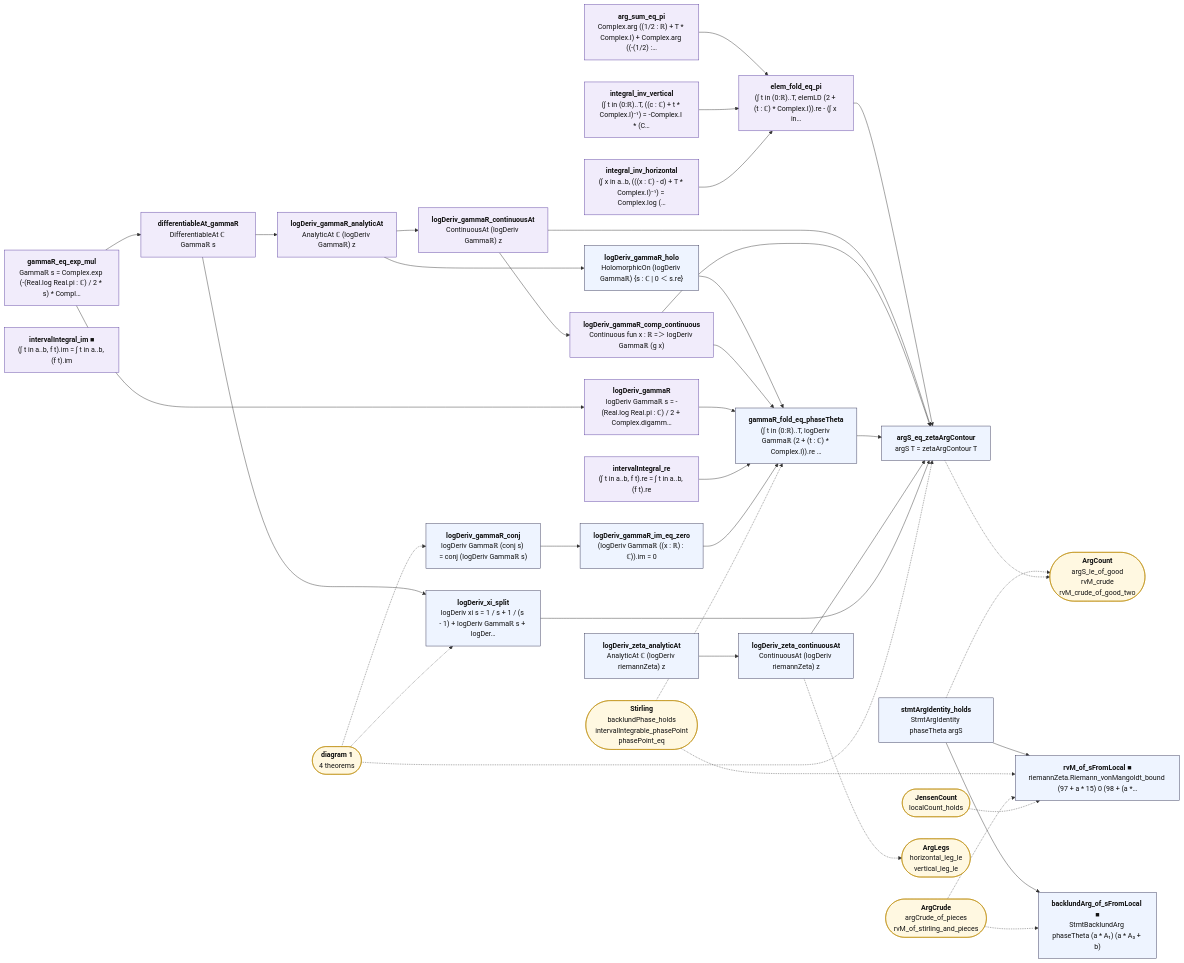
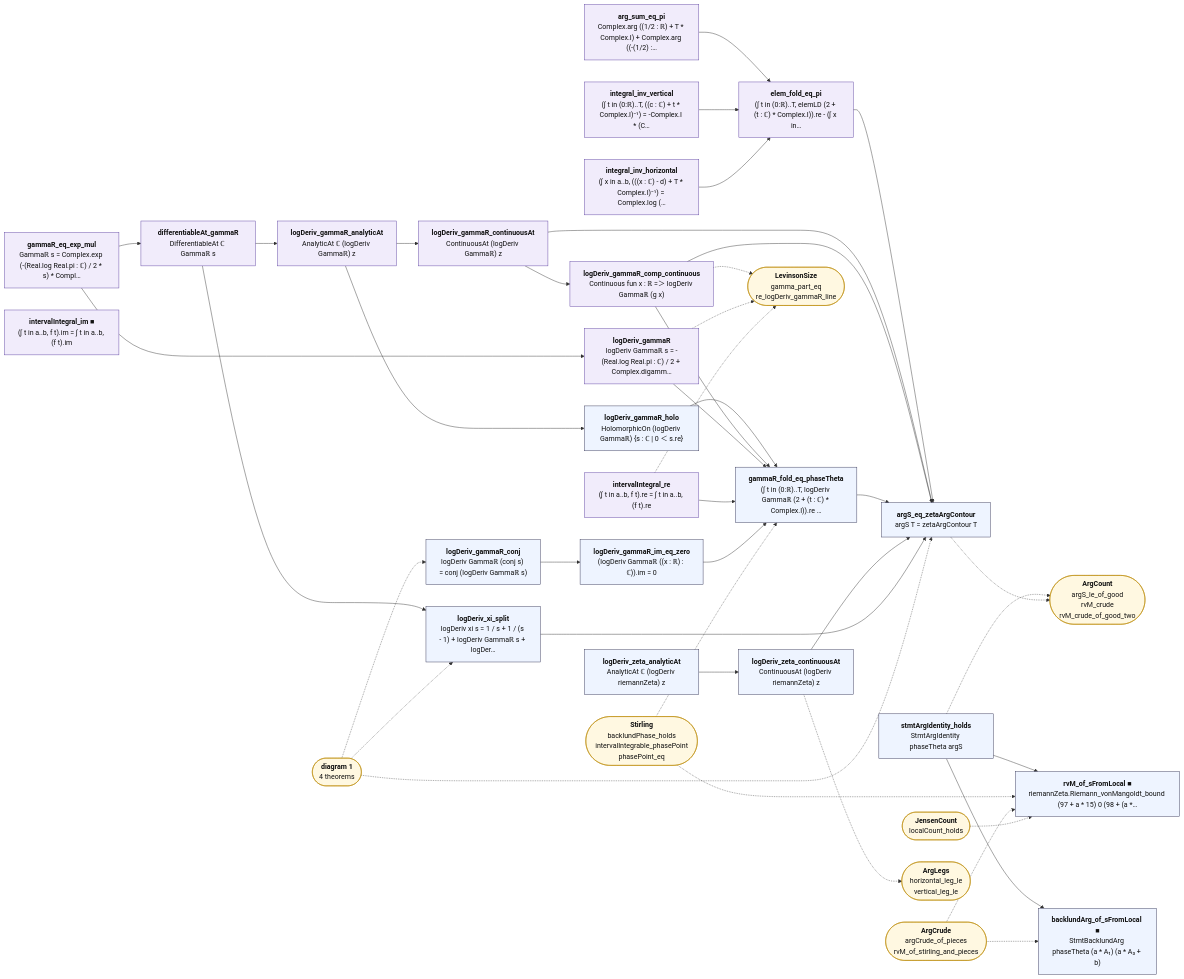
The diagram in map/lean_stage3/ArgIdentity.2.mmd (juliansambranojr/Primebeat_081426), drawn with Mermaid before and after one commit. The commit also changed 23 other files, not shown here.

```diff
--- a/map/lean_stage3/ArgIdentity.2.mmd
+++ b/map/lean_stage3/ArgIdentity.2.mmd
@@ -1,74 +1,78 @@
 flowchart LR
   n0["<b>gammaR_eq_exp_mul</b><br/>Gammaℝ s = Complex.exp (-(Real.log Real.pi : ℂ) / 2 * s) * Compl…"]:::shp
   n1["<b>differentiableAt_gammaR</b><br/>DifferentiableAt ℂ Gammaℝ s"]:::shp
   n2["<b>logDeriv_gammaR</b><br/>logDeriv Gammaℝ s = -(Real.log Real.pi : ℂ) / 2 + Complex.digamm…"]:::shp
   n3["<b>logDeriv_xi_split</b><br/>logDeriv xi s = 1 / s + 1 / (s - 1) + logDeriv Gammaℝ s + logDer…"]:::thm
   n4["<b>intervalIntegral_re</b><br/>(∫ t in a..b, f t).re = ∫ t in a..b, (f t).re"]:::shp
   n5["<b>intervalIntegral_im ■</b><br/>(∫ t in a..b, f t).im = ∫ t in a..b, (f t).im"]:::shp
   n6["<b>logDeriv_gammaR_conj</b><br/>logDeriv Gammaℝ (conj s) = conj (logDeriv Gammaℝ s)"]:::thm
   n7["<b>logDeriv_gammaR_im_eq_zero</b><br/>(logDeriv Gammaℝ ((x : ℝ) : ℂ)).im = 0"]:::thm
   n8["<b>integral_inv_vertical</b><br/>(∫ t in (0:ℝ)..T, ((c : ℂ) + t * Complex.I)⁻¹) = -Complex.I * (C…"]:::shp
   n9["<b>integral_inv_horizontal</b><br/>(∫ x in a..b, (((x : ℂ) - d) + T * Complex.I)⁻¹) = Complex.log (…"]:::shp
   n10["<b>arg_sum_eq_pi</b><br/>Complex.arg ((1/2 : ℝ) + T * Complex.I) + Complex.arg ((-(1/2) :…"]:::shp
   n11["<b>elem_fold_eq_pi</b><br/>(∫ t in (0:ℝ)..T, elemLD (2 + (t : ℂ) * Complex.I)).re - (∫ x in…"]:::shp
   n12["<b>logDeriv_gammaR_analyticAt</b><br/>AnalyticAt ℂ (logDeriv Gammaℝ) z"]:::shp
   n13["<b>logDeriv_gammaR_continuousAt</b><br/>ContinuousAt (logDeriv Gammaℝ) z"]:::shp
   n14["<b>logDeriv_gammaR_holo</b><br/>HolomorphicOn (logDeriv Gammaℝ) {s : ℂ | 0 ＜ s.re}"]:::thm
   n15["<b>logDeriv_gammaR_comp_continuous</b><br/>Continuous fun x : ℝ =＞ logDeriv Gammaℝ (g x)"]:::shp
   n16["<b>gammaR_fold_eq_phaseTheta</b><br/>(∫ t in (0:ℝ)..T, logDeriv Gammaℝ (2 + (t : ℂ) * Complex.I)).re …"]:::thm
   n17["<b>stmtArgIdentity_holds</b><br/>StmtArgIdentity phaseTheta argS"]:::thm
   n18["<b>backlundArg_of_sFromLocal ■</b><br/>StmtBacklundArg phaseTheta (a * A₁) (a * A₃ + b)"]:::thm
   n19["<b>rvM_of_sFromLocal ■</b><br/>riemannZeta.Riemann_vonMangoldt_bound (97 + a * 15) 0 (98 + (a *…"]:::thm
   n20["<b>logDeriv_zeta_analyticAt</b><br/>AnalyticAt ℂ (logDeriv riemannZeta) z"]:::thm
   n21["<b>logDeriv_zeta_continuousAt</b><br/>ContinuousAt (logDeriv riemannZeta) z"]:::thm
   n22["<b>argS_eq_zetaArgContour</b><br/>argS T = zetaArgContour T"]:::thm
-  x0(["<b>diagram 1</b><br/>4 theorems"]):::ext
-  x1(["<b>Stirling</b><br/>backlundPhase_holds<br/>intervalIntegrable_phasePoint<br/>phasePoint_eq"]):::ext
-  x2(["<b>ArgCount</b><br/>argS_le_of_good<br/>rvM_crude<br/>rvM_crude_of_good_two"]):::ext
-  x3(["<b>ArgCrude</b><br/>argCrude_of_pieces<br/>rvM_of_stirling_and_pieces"]):::ext
-  x4(["<b>JensenCount</b><br/>localCount_holds"]):::ext
-  x5(["<b>ArgLegs</b><br/>horizontal_leg_le<br/>vertical_leg_le"]):::ext
+  x0(["<b>LevinsonSize</b><br/>gamma_part_eq<br/>re_logDeriv_gammaR_line"]):::ext
+  x1(["<b>diagram 1</b><br/>4 theorems"]):::ext
+  x2(["<b>Stirling</b><br/>backlundPhase_holds<br/>intervalIntegrable_phasePoint<br/>phasePoint_eq"]):::ext
+  x3(["<b>ArgCount</b><br/>argS_le_of_good<br/>rvM_crude<br/>rvM_crude_of_good_two"]):::ext
+  x4(["<b>ArgCrude</b><br/>argCrude_of_pieces<br/>rvM_of_stirling_and_pieces"]):::ext
+  x5(["<b>JensenCount</b><br/>localCount_holds"]):::ext
+  x6(["<b>ArgLegs</b><br/>horizontal_leg_le<br/>vertical_leg_le"]):::ext
   n0 --> n1
   n0 --> n2
   n1 --> n12
   n1 --> n3
   n10 --> n11
   n11 --> n22
   n12 --> n13
   n12 --> n14
   n13 --> n15
   n13 --> n22
   n14 --> n16
   n15 --> n16
   n15 --> n22
   n16 --> n22
   n17 --> n18
   n17 --> n19
   n2 --> n16
   n20 --> n21
   n21 --> n22
   n3 --> n22
   n4 --> n16
   n6 --> n7
   n7 --> n16
   n8 --> n11
   n9 --> n11
-  n17 -.-> x2
-  n21 -.-> x5
-  n22 -.-> x2
-  x0 -.-> n22
-  x0 -.-> n3
-  x0 -.-> n6
-  x1 -.-> n16
-  x1 -.-> n19
-  x3 -.-> n18
-  x3 -.-> n19
+  n15 -.-> x0
+  n17 -.-> x3
+  n2 -.-> x0
+  n21 -.-> x6
+  n22 -.-> x3
+  n4 -.-> x0
+  x1 -.-> n22
+  x1 -.-> n3
+  x1 -.-> n6
+  x2 -.-> n16
+  x2 -.-> n19
+  x4 -.-> n18
   x4 -.-> n19
+  x5 -.-> n19
   classDef cnt fill:#dff5ec,stroke:#17694a,color:#111
   classDef shp fill:#f1ecfb,stroke:#5b3fa0,color:#111
   classDef rh fill:#ffe5e5,stroke:#c22,color:#111,stroke-width:2px
   classDef thm fill:#eef4ff,stroke:#335,color:#111
   classDef end_ fill:#e7f7e7,stroke:#2a7,color:#111,stroke-width:2px
   classDef lone fill:#fff,stroke:#999,color:#111,stroke-dasharray:4 3
   classDef bad fill:#ffe5e5,stroke:#c22,color:#111,stroke-width:2px
   classDef ext fill:#fff8e1,stroke:#b80,color:#111
```
